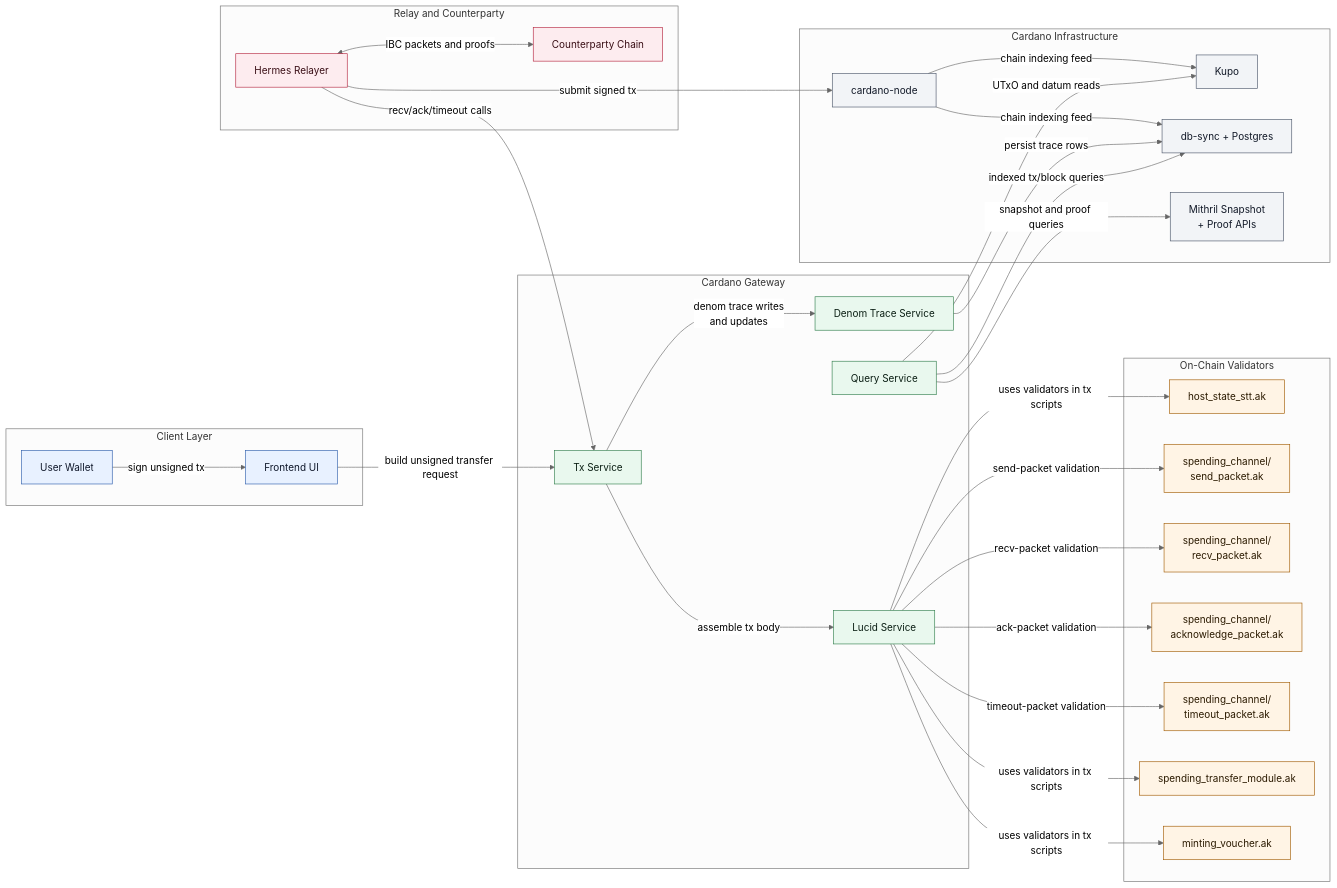
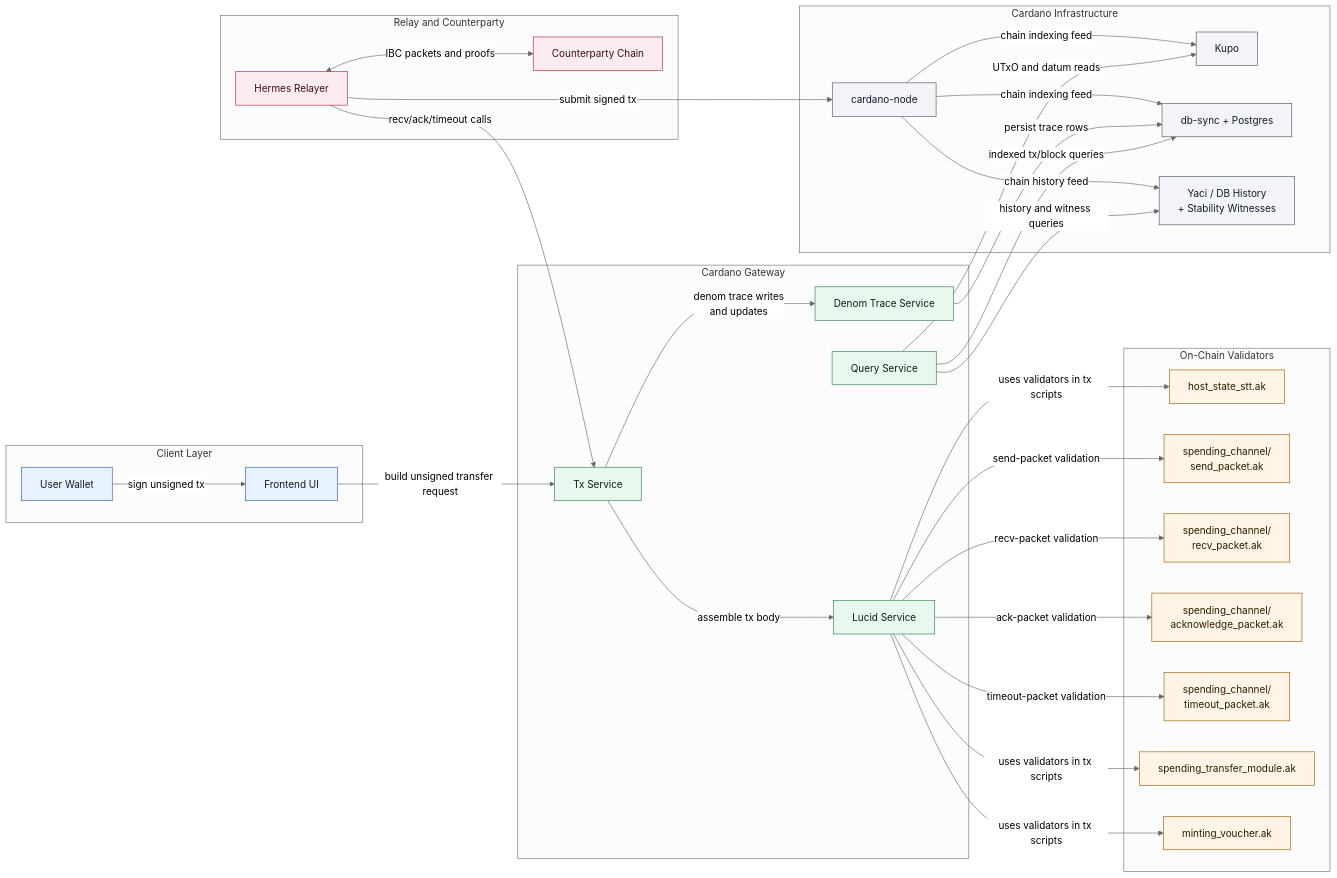
The diagram in README.md (cardano-foundation/cardano-ibc-incubator), drawn with Mermaid (neutral theme) before and after one commit. The commit also changed other lines of this file and 11 other files, not shown here.

````diff
--- a/README.md
+++ b/README.md
@@ -60,72 +63,73 @@
 ```mermaid
 flowchart LR
   subgraph Client["Client Layer"]
     UI["Frontend UI"]
     UW["User Wallet"]
   end
 
   subgraph Gateway["Cardano Gateway"]
     TX["Tx Service"]
     QUERY["Query Service"]
     LUCID["Lucid Service"]
     TRACE["Denom Trace Service"]
   end
 
   subgraph OnChain["On-Chain Validators"]
     HOST["host_state_stt.ak"]
     CH_SEND["spending_channel/<br/>send_packet.ak"]
     CH_RECV["spending_channel/<br/>recv_packet.ak"]
     CH_ACK["spending_channel/<br/>acknowledge_packet.ak"]
     CH_TIMEOUT["spending_channel/<br/>timeout_packet.ak"]
     TRANSFER["spending_transfer_module.ak"]
     VOUCHER["minting_voucher.ak"]
   end
 
   subgraph CardanoInfra["Cardano Infrastructure"]
     NODE["cardano-node"]
     KUPO["Kupo"]
     DBSYNC["db-sync + Postgres"]
-    MITHRIL["Mithril Snapshot<br/>+ Proof APIs"]
+    HISTORY["Yaci / DB History<br/>+ Stability Witnesses"]
   end
 
   subgraph Relay["Relay and Counterparty"]
     HERMES["Hermes Relayer"]
     COSMOS["Counterparty Chain"]
   end
 
   UI -->|"build unsigned transfer request"| TX
   UW -->|"sign unsigned tx"| UI
   TX -->|"assemble tx body"| LUCID
   LUCID -->|"uses validators in tx scripts"| HOST
   LUCID -->|"send-packet validation"| CH_SEND
   LUCID -->|"recv-packet validation"| CH_RECV
   LUCID -->|"ack-packet validation"| CH_ACK
   LUCID -->|"timeout-packet validation"| CH_TIMEOUT
   LUCID -->|"uses validators in tx scripts"| TRANSFER
   LUCID -->|"uses validators in tx scripts"| VOUCHER
 
   HERMES -->|"submit signed tx"| NODE
   HERMES -->|"recv/ack/timeout calls"| TX
   HERMES <-->|"IBC packets and proofs"| COSMOS
 
   QUERY -->|"UTxO and datum reads"| KUPO
   QUERY -->|"indexed tx/block queries"| DBSYNC
-  QUERY -->|"snapshot and proof queries"| MITHRIL
+  QUERY -->|"history and witness queries"| HISTORY
   TX -->|"denom trace writes<br/>and updates"| TRACE
   TRACE -->|"persist trace rows"| DBSYNC
 
   NODE -->|"chain indexing feed"| KUPO
   NODE -->|"chain indexing feed"| DBSYNC
+  NODE -->|"chain history feed"| HISTORY
 
   classDef client fill:#e8f1ff,stroke:#2b5cab,color:#0f172a
   classDef gateway fill:#e9f8ee,stroke:#2f7d4a,color:#0b1f14
   classDef onchain fill:#fff4e5,stroke:#a05a00,color:#2b1a00
   classDef infra fill:#f2f4f7,stroke:#4a5568,color:#111827
   classDef relay fill:#fdecef,stroke:#b4233d,color:#3a0f16
 
   class UI,UW client
   class TX,QUERY,LUCID,TRACE gateway
   class HOST,CH_SEND,CH_RECV,CH_ACK,CH_TIMEOUT,TRANSFER,VOUCHER onchain
-  class NODE,KUPO,DBSYNC,MITHRIL infra
+  class NODE,KUPO,DBSYNC,HISTORY infra
   class HERMES,COSMOS relay
 ```
````
